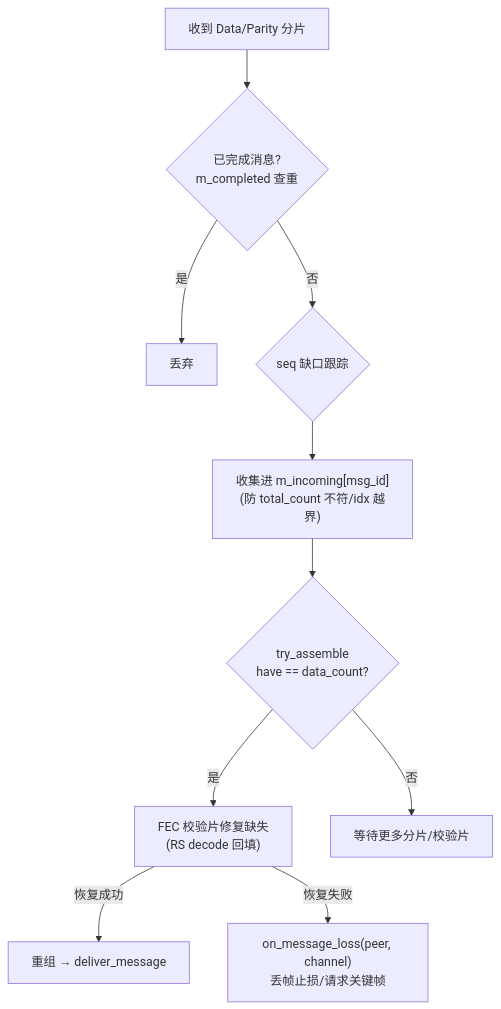
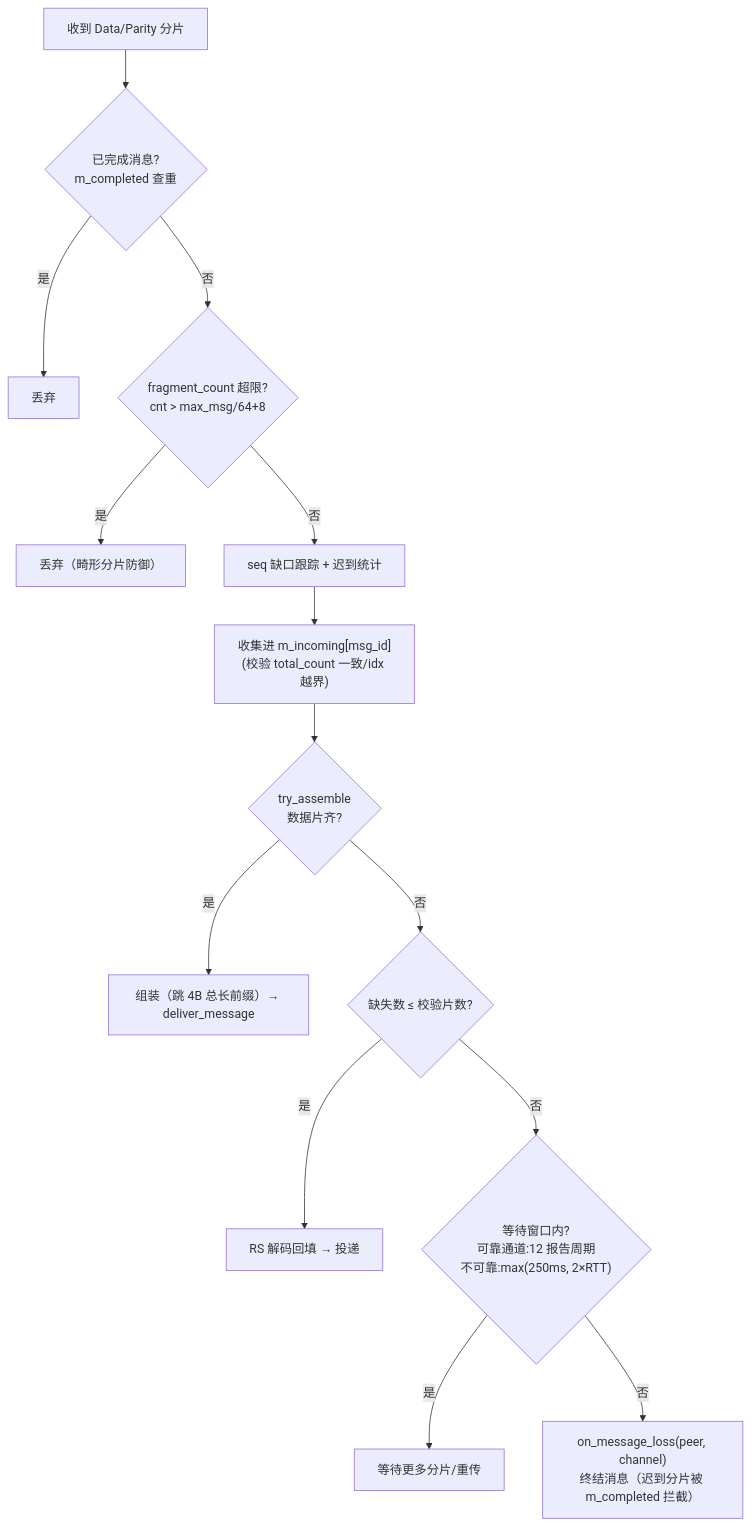
Before and after one commit to arrayforward/tight: the fifth of 10 diagrams in docs/tight_architecture.md, drawn with Mermaid. The commit also changed other lines of this file and 5 other files, not shown here.

First line of the commit message:
docs: add design & API reference docs, refresh architecture/usage with mermaid

````diff
--- a/docs/tight_architecture.md
+++ b/docs/tight_architecture.md
@@ -176,12 +229,16 @@
 ```mermaid
 flowchart TD
     P["收到 Data/Parity 分片"] --> S{"已完成消息?<br/>m_completed 查重"}
     S -- "是" --> D["丢弃"]
-    S -- "否" --> G{"seq 缺口跟踪"}
-    G --> C["收集进 m_incoming[msg_id]<br/>(防 total_count 不符/idx 越界)"]
-    C --> T{"try_assemble<br/>have == data_count?"}
-    T -- "是" --> V["FEC 校验片修复缺失<br/>(RS decode 回填)"]
-    V -- "恢复成功" --> F["重组 → deliver_message"]
-    V -- "恢复失败" --> L["on_message_loss(peer, channel)<br/>丢帧止损/请求关键帧"]
-    T -- "否" --> W["等待更多分片/校验片"]
+    S -- "否" --> G{"fragment_count 超限?<br/>cnt > max_msg/64+8"}
+    G -- "是" --> D2["丢弃（畸形分片防御）"]
+    G -- "否" --> SG["seq 缺口跟踪 + 迟到统计"]
+    SG --> C["收集进 m_incoming[msg_id]<br/>(校验 total_count 一致/idx 越界)"]
+    C --> T{"try_assemble<br/>数据片齐?"}
+    T -- "是" --> V["组装（跳 4B 总长前缀）→ deliver_message"]
+    T -- "否" --> E{"缺失数 ≤ 校验片数?"}
+    E -- "是" --> F["RS 解码回填 → 投递"]
+    E -- "否" --> W{"等待窗口内?<br/>可靠通道:12 报告周期<br/>不可靠:max(250ms, 2×RTT)"}
+    W -- "是" --> WAIT["等待更多分片/重传"]
+    W -- "否" --> L["on_message_loss(peer, channel)<br/>终结消息（迟到分片被 m_completed 拦截）"]
 ```
````
